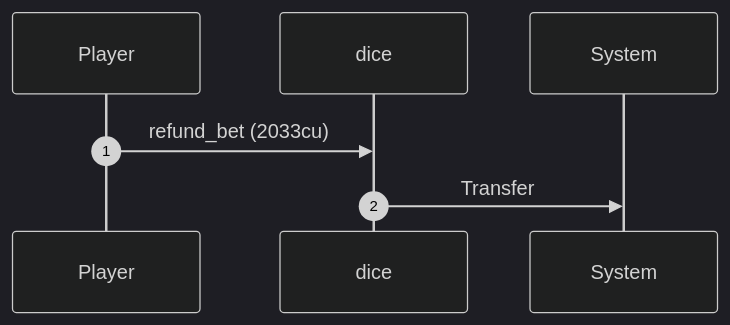
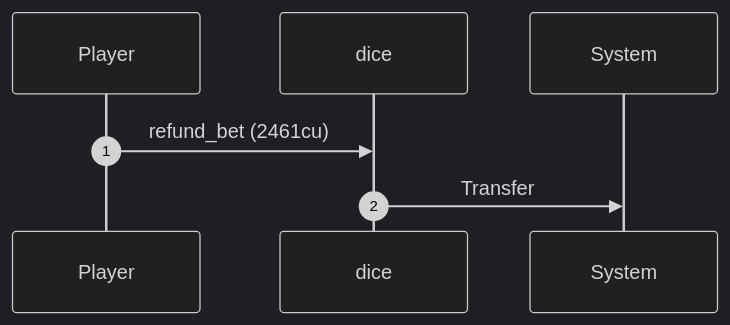
Before and after one commit to cds-turbin3/builder-05-no-fair-dice: the first of 3 diagrams in dogfood/report/refund.md, drawn with Mermaid (dark theme). The commit also changed other lines of this file and 15 other files, not shown here.

````diff
--- a/dogfood/report/refund.md
+++ b/dogfood/report/refund.md
@@ -19,9 +19,9 @@
 ```mermaid
 sequenceDiagram
     autonumber
     participant Player
     participant dice
     participant System
-    Player ->> dice: refund_bet (2033cu)
+    Player ->> dice: refund_bet (2461cu)
     dice ->> System: Transfer
 ```
````
